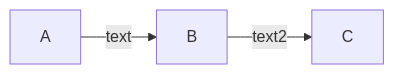
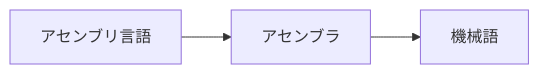
One commit to zi-ang-liu/jb-cs101 changed the diagram in cs101/contents/theory/programming/assembly_language.md. Above: the diagram before and after it, drawn with Mermaid. The commit also changed other lines of this file, not shown here.

````diff
--- a/cs101/contents/theory/programming/assembly_language.md
+++ b/cs101/contents/theory/programming/assembly_language.md
@@ -3,4 +12,5 @@
 ```{mermaid}
 flowchart LR
-   A -- text --> B -- text2 --> C
+   アセンブリ言語 --> アセンブラ
+   アセンブラ --> 機械語
 ```
````
